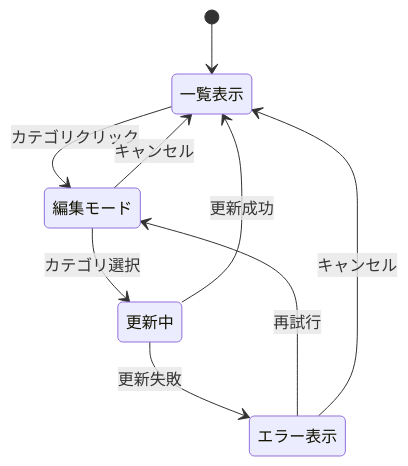
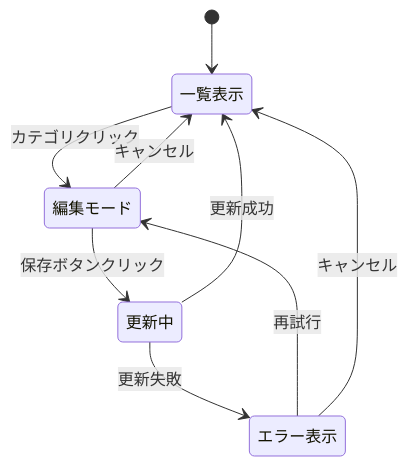
The second of 5 diagrams in docs/detailed-design/FR-010_manual-category-edit/screen-transitions.md (kencom2400/account-book), drawn with Mermaid before and after one commit. The commit also changed other lines of this file and 1 other file, not shown here.

````diff
--- a/docs/detailed-design/FR-010_manual-category-edit/screen-transitions.md
+++ b/docs/detailed-design/FR-010_manual-category-edit/screen-transitions.md
@@ -36,11 +36,11 @@
 ```mermaid
 stateDiagram-v2
     [*] --> 一覧表示
     一覧表示 --> 編集モード: カテゴリクリック
-    編集モード --> 更新中: カテゴリ選択
+    編集モード --> 更新中: 保存ボタンクリック
     編集モード --> 一覧表示: キャンセル
     更新中 --> 一覧表示: 更新成功
     更新中 --> エラー表示: 更新失敗
     エラー表示 --> 編集モード: 再試行
     エラー表示 --> 一覧表示: キャンセル
 ```
````
